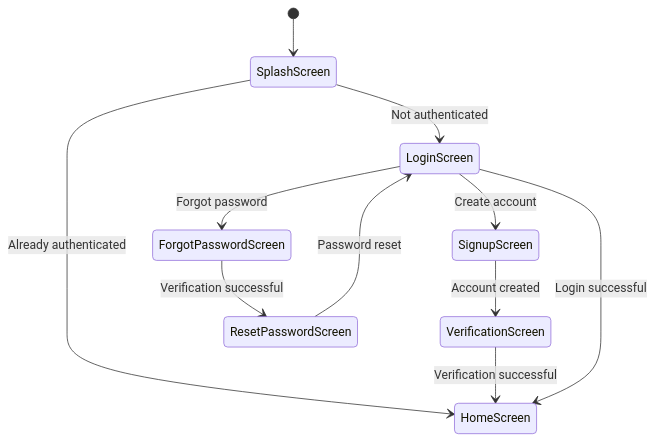
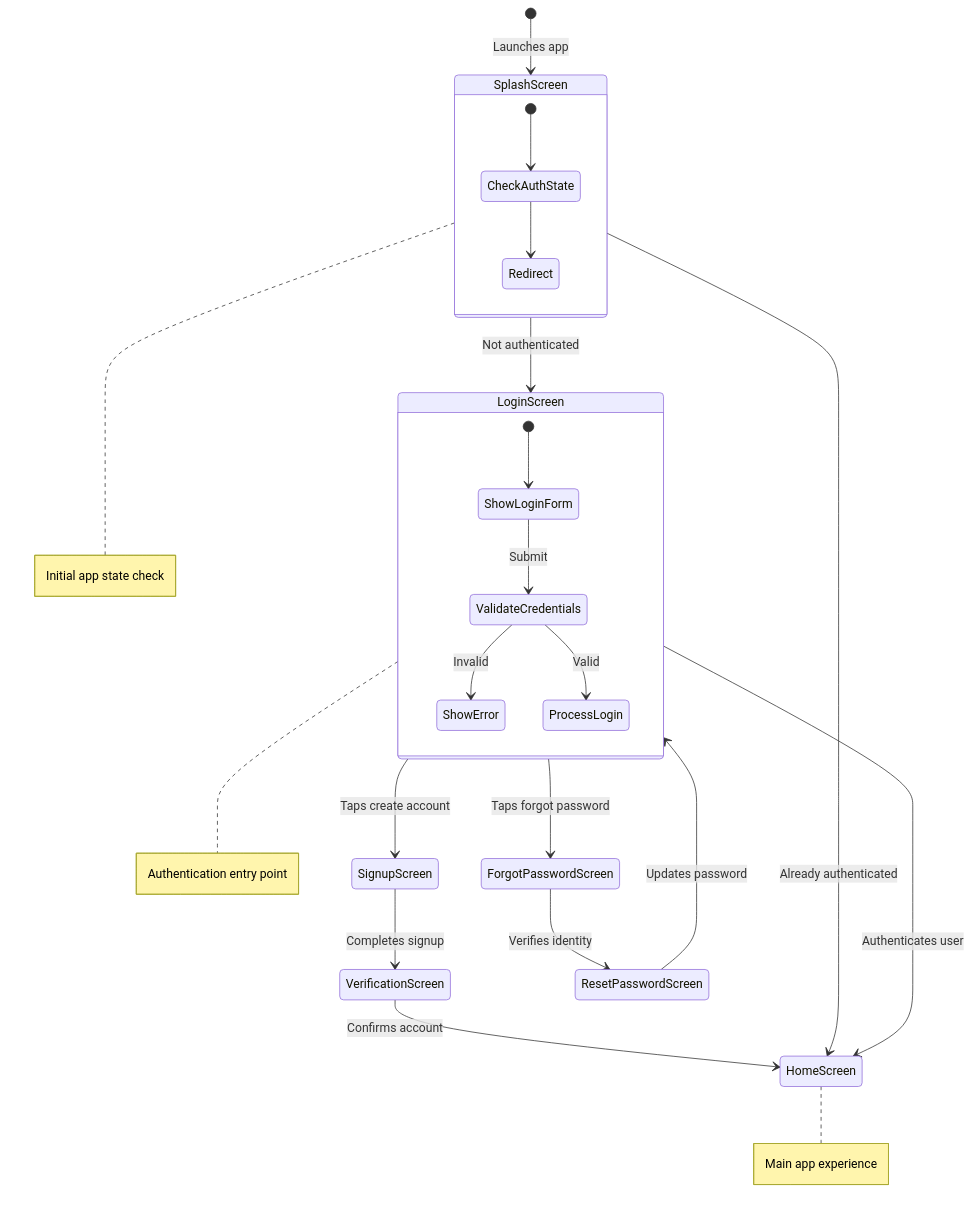
The second of 4 diagrams in lib/presentation/screens/README.md (GeniusSystems24/genius_store), drawn with Mermaid before and after one commit. The commit also changed other lines of this file and 60 other files, not shown here.

Commit message:
- add animations to diagrams.

````diff
--- a/lib/presentation/screens/README.md
+++ b/lib/presentation/screens/README.md
@@ -58,13 +71,29 @@
 ```mermaid
 stateDiagram-v2
-    [*] --> SplashScreen
+    [*] --> SplashScreen: Launches app
     SplashScreen --> LoginScreen: Not authenticated
     SplashScreen --> HomeScreen: Already authenticated
-    LoginScreen --> SignupScreen: Create account
-    LoginScreen --> ForgotPasswordScreen: Forgot password
-    SignupScreen --> VerificationScreen: Account created
-    ForgotPasswordScreen --> ResetPasswordScreen: Verification successful
-    VerificationScreen --> HomeScreen: Verification successful
-    ResetPasswordScreen --> LoginScreen: Password reset
-    LoginScreen --> HomeScreen: Login successful
+    LoginScreen --> SignupScreen: Taps create account
+    LoginScreen --> ForgotPasswordScreen: Taps forgot password
+    SignupScreen --> VerificationScreen: Completes signup
+    ForgotPasswordScreen --> ResetPasswordScreen: Verifies identity
+    VerificationScreen --> HomeScreen: Confirms account
+    ResetPasswordScreen --> LoginScreen: Updates password
+    LoginScreen --> HomeScreen: Authenticates user
+    
+    note right of SplashScreen: Initial app state check
+    note right of LoginScreen: Authentication entry point
+    note right of HomeScreen: Main app experience
+    
+    state SplashScreen {
+        [*] --> CheckAuthState
+        CheckAuthState --> Redirect
+    }
+    
+    state LoginScreen {
+        [*] --> ShowLoginForm
+        ShowLoginForm --> ValidateCredentials: Submit
+        ValidateCredentials --> ShowError: Invalid
+        ValidateCredentials --> ProcessLogin: Valid
+    }
 ```
````
